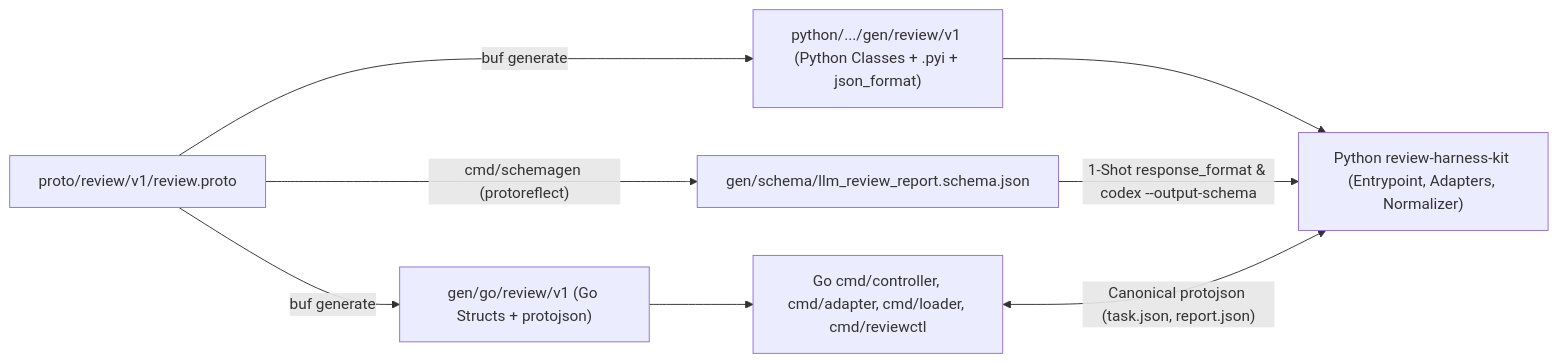
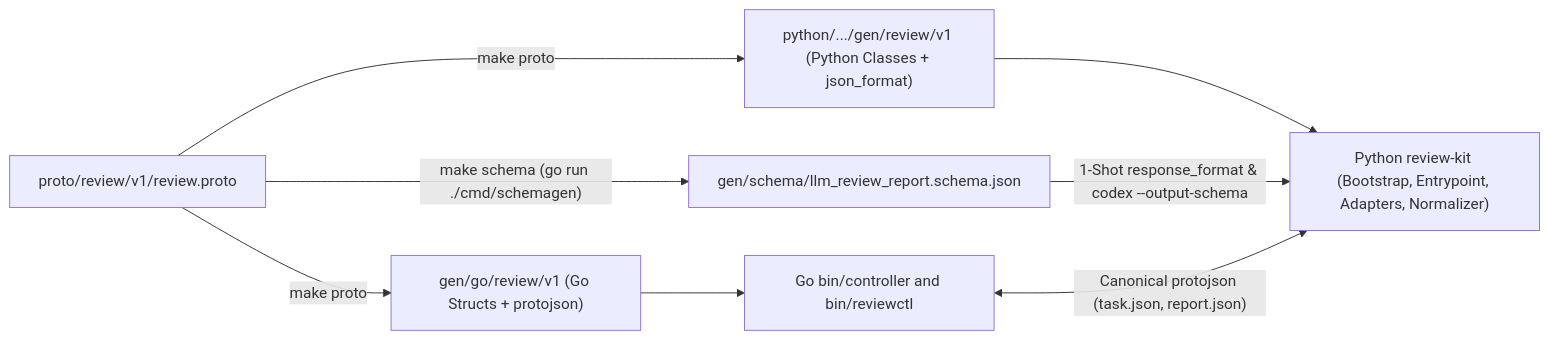
One commit to zetxqx/review-agent-infra changed the second of 4 diagrams in docs/design/hld.md. Above: the diagram before and after it, drawn with Mermaid. The commit also changed other lines of this file and 79 other files, not shown here.

````diff
--- a/docs/design/hld.md
+++ b/docs/design/hld.md
@@ -84,12 +80,12 @@
 ```mermaid
 flowchart LR
-    Proto["proto/review/v1/review.proto"] -->|"buf generate"| GoGen["gen/go/review/v1 (Go Structs + protojson)"]
-    Proto -->|"buf generate"| PyGen["python/.../gen/review/v1 (Python Classes + .pyi + json_format)"]
-    Proto -->|"cmd/schemagen (protoreflect)"| Schema["gen/schema/llm_review_report.schema.json"]
+    Proto["proto/review/v1/review.proto"] -->|"make proto"| GoGen["gen/go/review/v1 (Go Structs + protojson)"]
+    Proto -->|"make proto"| PyGen["python/.../gen/review/v1 (Python Classes + json_format)"]
+    Proto -->|"make schema (go run ./cmd/schemagen)"| Schema["gen/schema/llm_review_report.schema.json"]
 
-    GoGen --> GoBins["Go cmd/controller, cmd/adapter, cmd/loader, cmd/reviewctl"]
-    PyGen --> PyKit["Python review-harness-kit (Entrypoint, Adapters, Normalizer)"]
+    GoGen --> GoBins["Go bin/controller and bin/reviewctl"]
+    PyGen --> PyKit["Python review-kit (Bootstrap, Entrypoint, Adapters, Normalizer)"]
     Schema -->|"1-Shot response_format & codex --output-schema"| PyKit
 
     GoBins <-->|"Canonical protojson (task.json, report.json)"| PyKit
 ```
````
